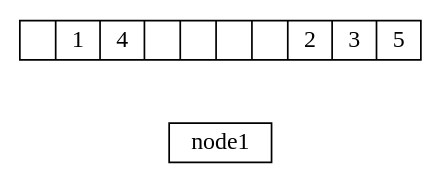
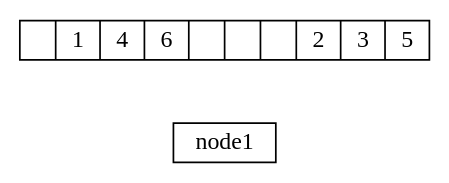
Before and after one commit to olgt/Laboratorio_EDD_201612341_Proyecto2: the diagram in graficas/HashTableLugares.gv, drawn with Graphviz. The commit also changed 91 other files, not shown here.

```diff
--- a/graficas/HashTableLugares.gv
+++ b/graficas/HashTableLugares.gv
@@ -1,5 +1,5 @@
 digraph g {
 node [shape = record,height=.1]; 
-node0[label="|1|4|||||2|3|5"];
+node0[label="|1|4|6||||2|3|5"];
 node0->node1[style="invis"]
 }
```
